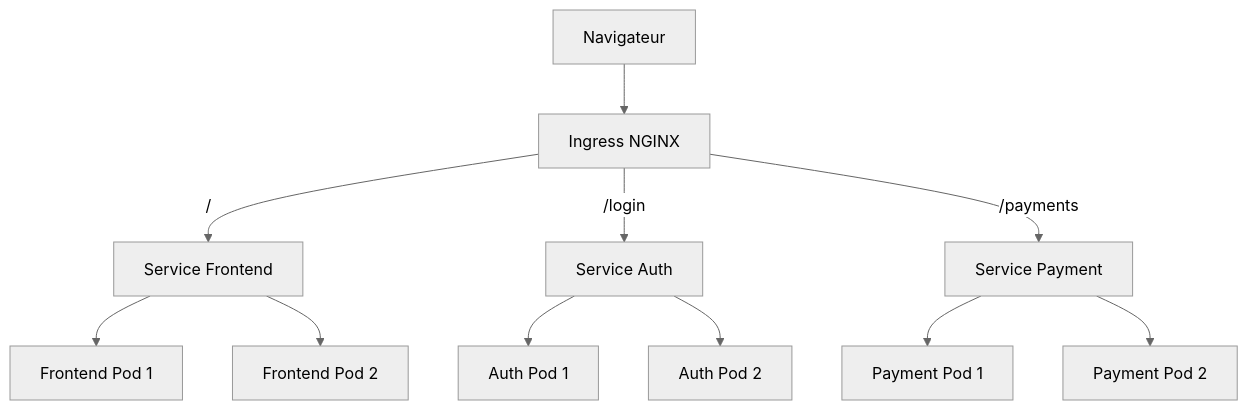
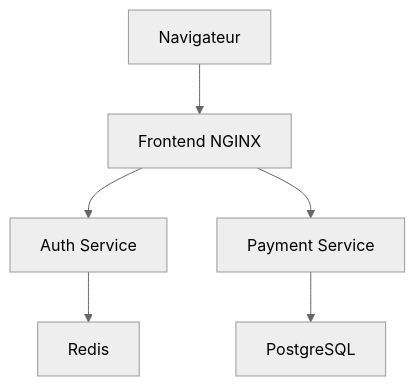
One commit to SYou-dataengineer/kubeshop changed the diagram in README.md. Above: the diagram before and after it, drawn with Mermaid (neutral theme). The commit also changed other lines of this file, not shown here.

Commit message:
docs: update README for Kubernetes architecture

````diff
--- a/README.md
+++ b/README.md
@@ -34,17 +38,8 @@
 ```mermaid
 flowchart TD
-    U[Navigateur] --> I[Ingress NGINX]
-
-    I -->|/| F[Service Frontend]
-    I -->|/login| A[Service Auth]
-    I -->|/payments| P[Service Payment]
-
-    F --> F1[Frontend Pod 1]
-    F --> F2[Frontend Pod 2]
-
-    A --> A1[Auth Pod 1]
-    A --> A2[Auth Pod 2]
-
-    P --> P1[Payment Pod 1]
-    P --> P2[Payment Pod 2]
+    U["Navigateur"] --> F["Frontend NGINX"]
+    F --> A["Auth Service"]
+    F --> P["Payment Service"]
+    A --> R["Redis"]
+    P --> D["PostgreSQL"]
 ```
````
